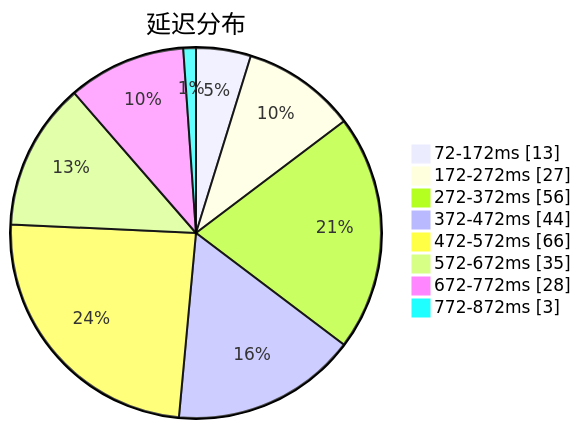
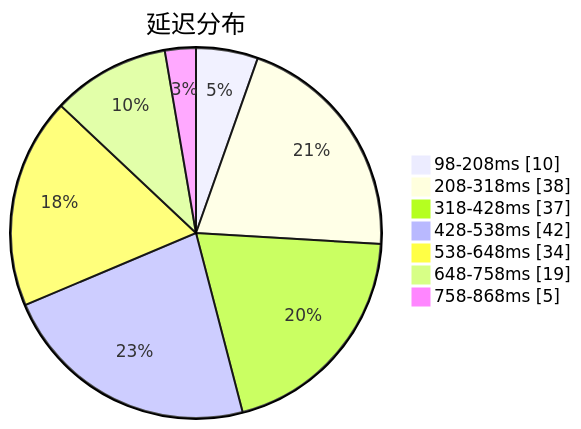
The first of 3 diagrams in subs/statistics/tested_within.md (sinspired/airport), drawn with Mermaid before and after one commit. The commit also changed other lines of this file and 2 other files, not shown here.

````diff
--- a/subs/statistics/tested_within.md
+++ b/subs/statistics/tested_within.md
@@ -2,12 +2,11 @@
 ```mermaid
 pie showData
 title 延迟分布
-"72-172ms" : 13
-"172-272ms" : 27
-"272-372ms" : 56
-"372-472ms" : 44
-"472-572ms" : 66
-"572-672ms" : 35
-"672-772ms" : 28
-"772-872ms" : 3
+"98-208ms" : 10
+"208-318ms" : 38
+"318-428ms" : 37
+"428-538ms" : 42
+"538-648ms" : 34
+"648-758ms" : 19
+"758-868ms" : 5
 ```
````
